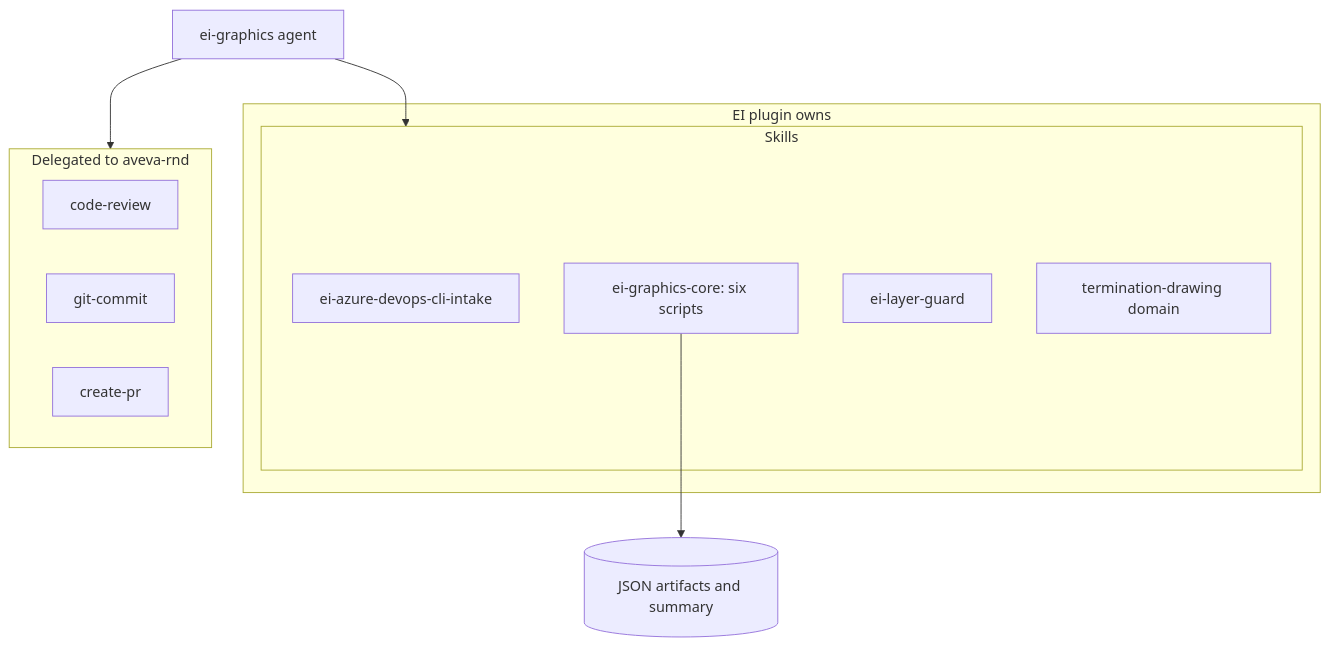
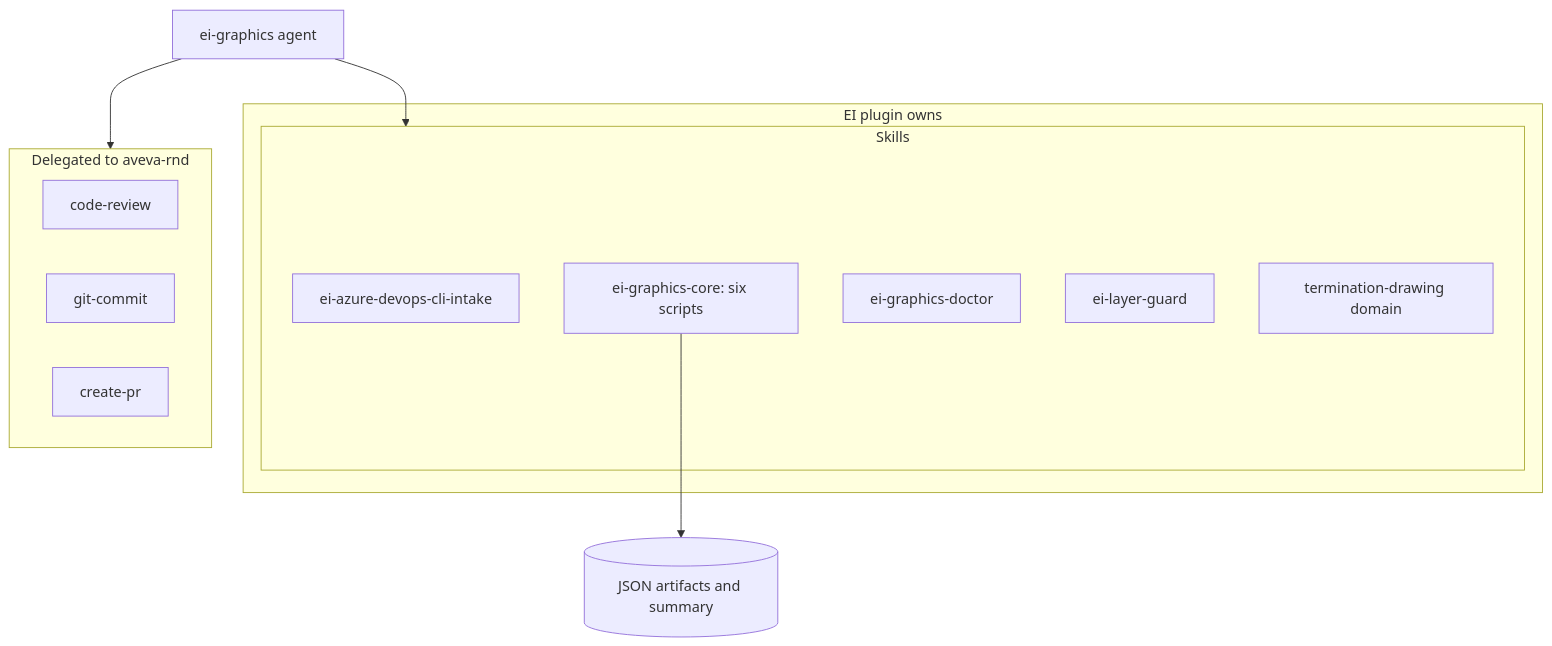
The fourth of 8 diagrams in docs/presentation/README.md (sidbhardwaj-aveva/ei-graphics-plugin), drawn with Mermaid before and after one commit. The commit also changed other lines of this file and 11 other files, not shown here.

````diff
--- a/docs/presentation/README.md
+++ b/docs/presentation/README.md
@@ -113,23 +113,24 @@
 ```mermaid
 flowchart TB
     Agent["ei-graphics agent"]
 
     subgraph Owns["EI plugin owns"]
         subgraph SkillSet["Skills"]
             Intake["ei-azure-devops-cli-intake"]
             Core["ei-graphics-core: six scripts"]
+            Doctor["ei-graphics-doctor"]
             Guard["ei-layer-guard"]
             Domain["termination-drawing domain"]
         end
     end
 
     subgraph Delegates["Delegated to aveva-rnd"]
         Review["code-review"]
         Commit["git-commit"]
         PR["create-pr"]
     end
 
     Agent --> SkillSet
     Agent --> Delegates
     Core --> Artifacts[("JSON artifacts and summary")]
 ```
````
